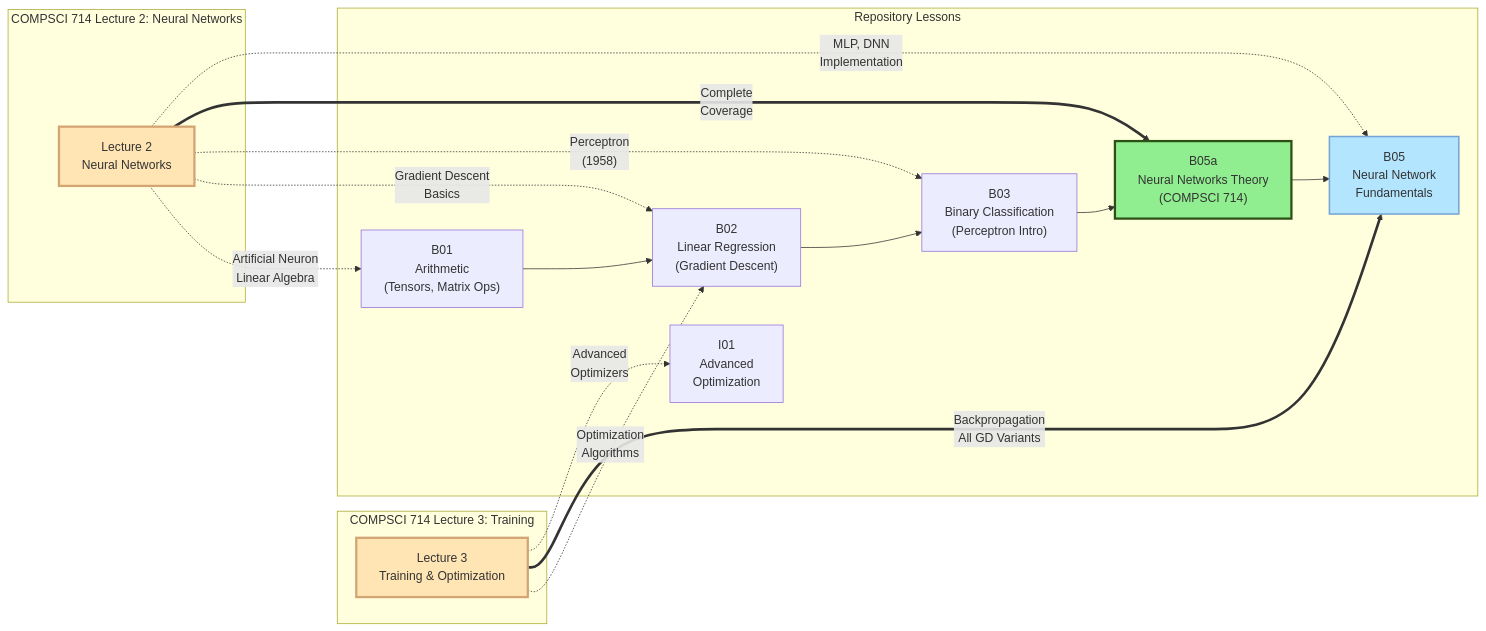
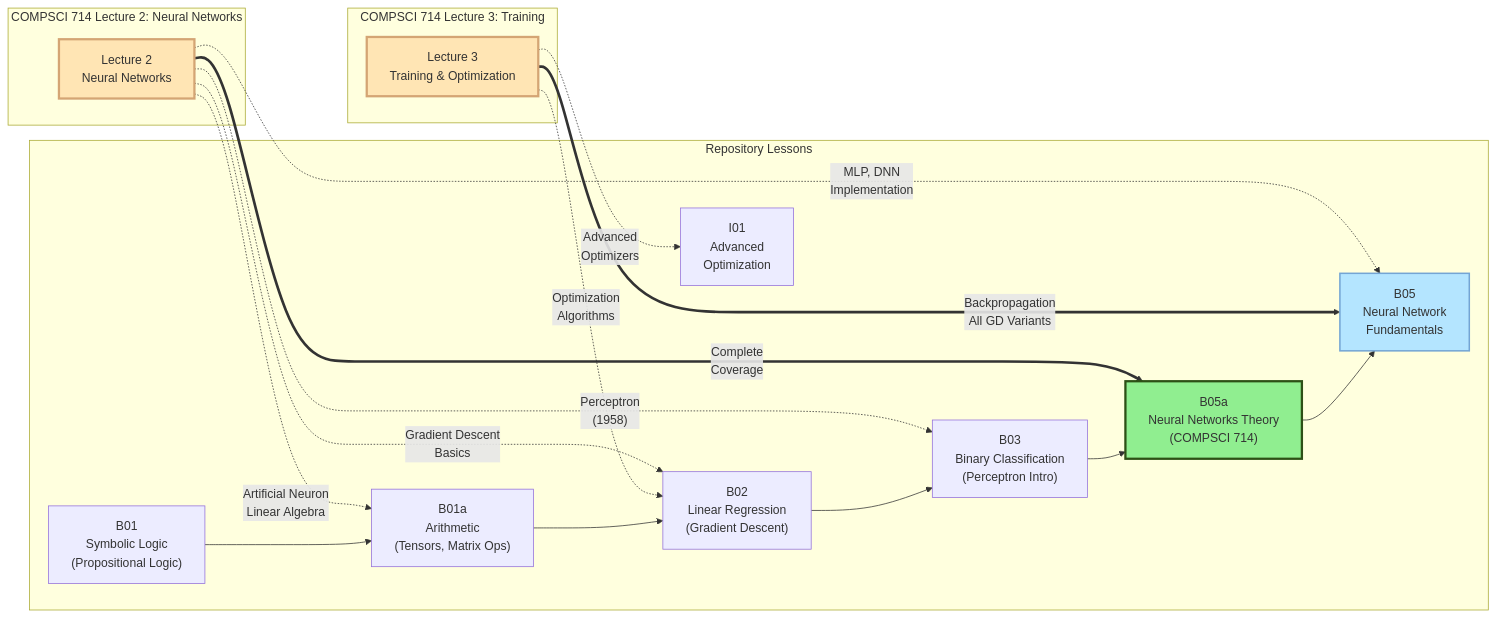
One commit to nexageapps/AI changed the first of 11 diagrams in Basic/README.md. Above: the diagram before and after it, drawn with Mermaid. The commit also changed other lines of this file and 41 other files, not shown here.

````diff
--- a/Basic/README.md
+++ b/Basic/README.md
@@ -61,36 +61,37 @@
 ```mermaid
 graph LR
     subgraph "COMPSCI 714 Lecture 2: Neural Networks"
         L2["Lecture 2<br/>Neural Networks"]
     end
     
     subgraph "COMPSCI 714 Lecture 3: Training"
         L3["Lecture 3<br/>Training & Optimization"]
     end
     
     subgraph "Repository Lessons"
-        B01["B01<br/>Arithmetic<br/>(Tensors, Matrix Ops)"]
+        B01["B01<br/>Symbolic Logic<br/>(Propositional Logic)"]
+        B01a["B01a<br/>Arithmetic<br/>(Tensors, Matrix Ops)"]
         B02["B02<br/>Linear Regression<br/>(Gradient Descent)"]
         B03["B03<br/>Binary Classification<br/>(Perceptron Intro)"]
         B05a["B05a<br/>Neural Networks Theory<br/>(COMPSCI 714)"]
         B05["B05<br/>Neural Network<br/>Fundamentals"]
         I01["I01<br/>Advanced<br/>Optimization"]
     end
     
-    L2 -.->|"Artificial Neuron<br/>Linear Algebra"| B01
+    L2 -.->|"Artificial Neuron<br/>Linear Algebra"| B01a
     L2 -.->|"Gradient Descent<br/>Basics"| B02
     L2 -.->|"Perceptron<br/>(1958)"| B03
     L2 ==>|"Complete<br/>Coverage"| B05a
     L2 -.->|"MLP, DNN<br/>Implementation"| B05
     
     L3 -.->|"Optimization<br/>Algorithms"| B02
     L3 ==>|"Backpropagation<br/>All GD Variants"| B05
     L3 -.->|"Advanced<br/>Optimizers"| I01
     
-    B01 --> B02 --> B03 --> B05a --> B05
+    B01 --> B01a --> B02 --> B03 --> B05a --> B05
     
     style L2 fill:#FFE5B4,stroke:#D4A574,stroke-width:3px
     style L3 fill:#FFE5B4,stroke:#D4A574,stroke-width:3px
     style B05a fill:#90EE90,stroke:#2d5016,stroke-width:3px
     style B05 fill:#B4E5FF,stroke:#74A5D4,stroke-width:2px
 ```
````
